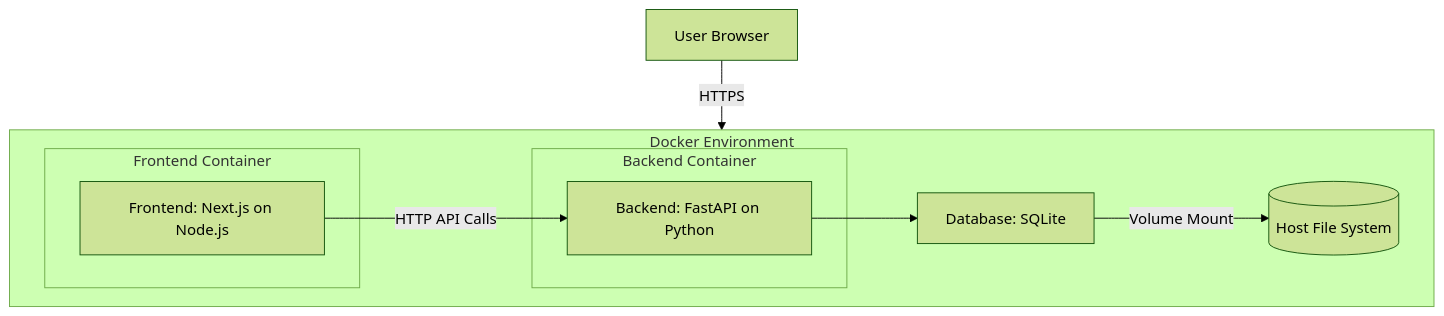
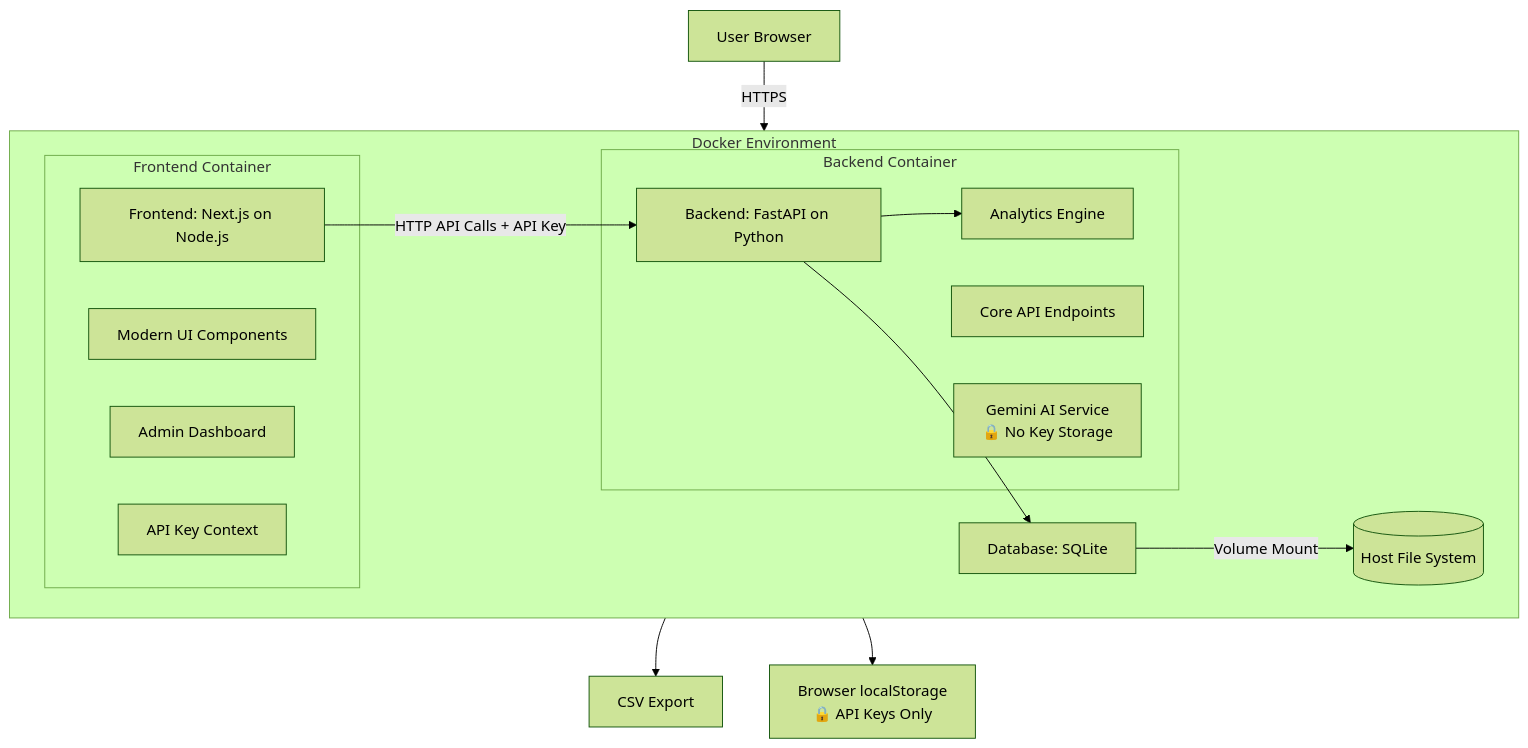
Before and after one commit to ozmendelsohn/genai-content-labeling-system: the diagram in memory-bank/systemPatterns.md, drawn with Mermaid (forest theme). The commit also changed other lines of this file and 31 other files, not shown here.

````diff
--- a/memory-bank/systemPatterns.md
+++ b/memory-bank/systemPatterns.md
@@ -12,17 +13,27 @@
 ```mermaid
 graph TD
     User[User Browser] -->|HTTPS| FE[Frontend: Next.js on Node.js]
-    FE -->|HTTP API Calls| BE[Backend: FastAPI on Python]
+    FE -->|HTTP API Calls + API Key| BE[Backend: FastAPI on Python]
     BE --> DB[Database: SQLite]
-
+    BE --> Analytics[Analytics Engine]
+    Analytics --> Export[CSV Export]
+    
+    FE --> LocalStorage[Browser localStorage<br/>🔒 API Keys Only]
+    
     subgraph Docker Environment
         direction LR
         subgraph Frontend Container
             FE
+            UI[Modern UI Components]
+            Dashboard[Admin Dashboard]
+            APIContext[API Key Context]
         end
         subgraph Backend Container
             BE
+            API[Core API Endpoints]
+            Analytics
+            AI[Gemini AI Service<br/>🔒 No Key Storage]
         end
         DB -- Volume Mount --> HostFS[(Host File System)]
     end
 ```
````
